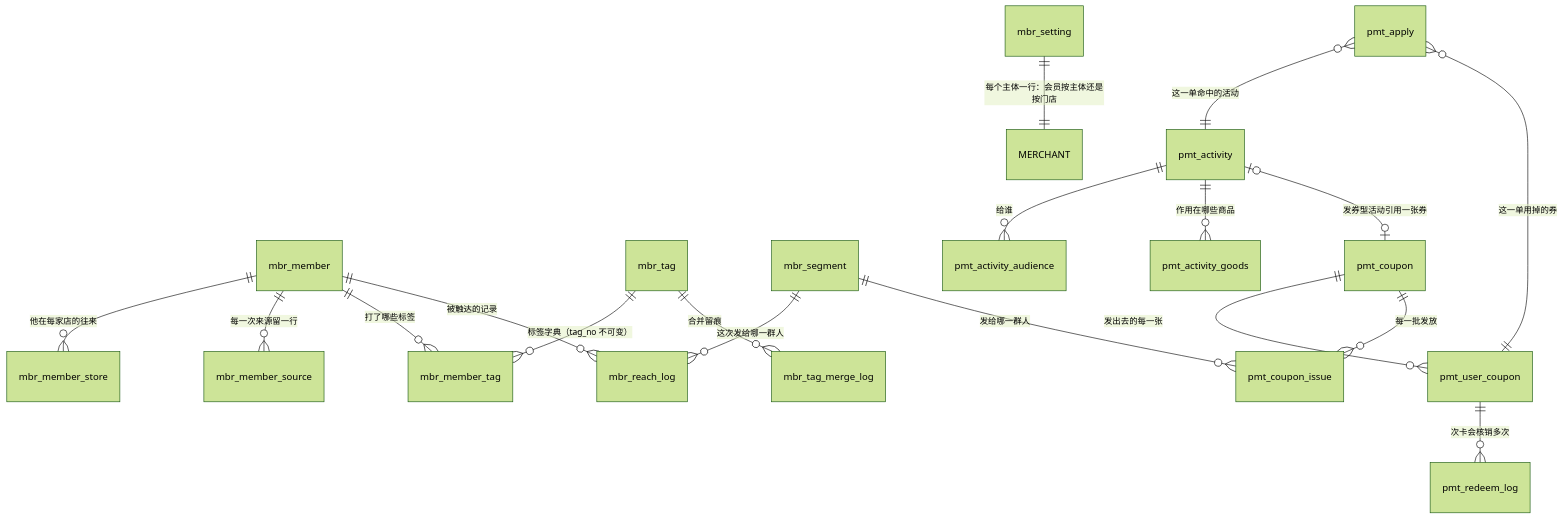
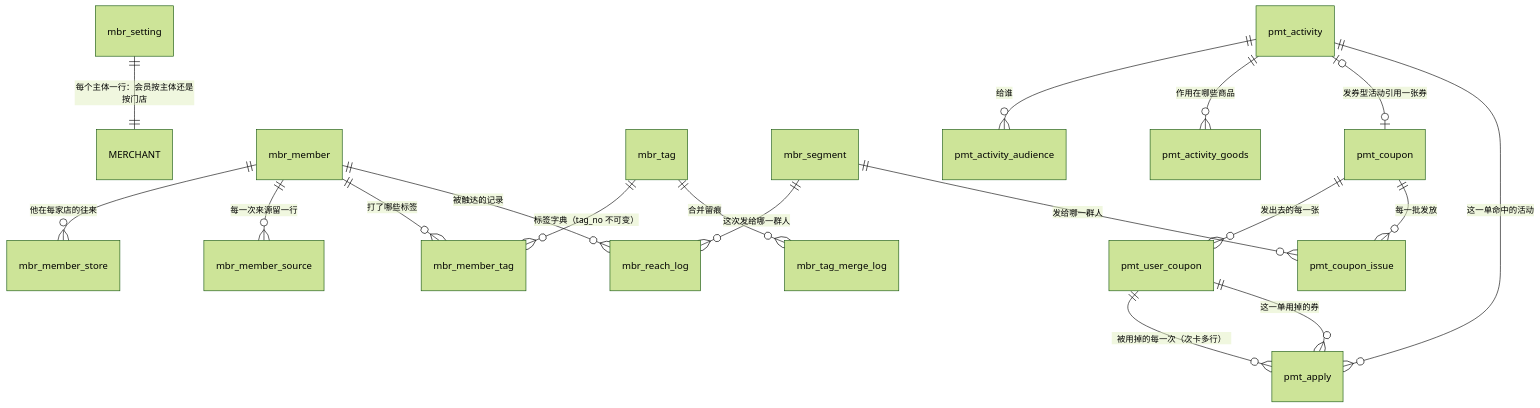
The first of 2 diagrams in docs/technical/design/TDD-会员与营销-表结构与对象模型.md (robinwu2021-code/ai-shop), drawn with Mermaid (forest theme) before and after one commit. The commit also changed other lines of this file, not shown here.

````diff
--- a/docs/technical/design/TDD-会员与营销-表结构与对象模型.md
+++ b/docs/technical/design/TDD-会员与营销-表结构与对象模型.md
@@ -30,21 +34,21 @@
 ```mermaid
 erDiagram
     mbr_setting     ||--|| MERCHANT       : "每个主体一行：会员按主体还是按门店"
     mbr_member      ||--o{ mbr_member_store  : "他在每家店的往来"
     mbr_member      ||--o{ mbr_member_source : "每一次来源留一行"
     mbr_member      ||--o{ mbr_member_tag    : "打了哪些标签"
     mbr_tag         ||--o{ mbr_member_tag    : "标签字典（tag_no 不可变）"
     mbr_tag         ||--o{ mbr_tag_merge_log : "合并留痕"
     mbr_member      ||--o{ mbr_reach_log     : "被触达的记录"
     mbr_segment     ||--o{ mbr_reach_log     : "这次发给哪一群人"
 
     pmt_activity    ||--o{ pmt_activity_audience : "给谁"
     pmt_activity    ||--o{ pmt_activity_goods   : "作用在哪些商品"
     pmt_activity    |o--o| pmt_coupon           : "发券型活动引用一张券"
     pmt_coupon      ||--o{ pmt_user_coupon      : "发出去的每一张"
     pmt_coupon      ||--o{ pmt_coupon_issue     : "每一批发放"
     mbr_segment     ||--o{ pmt_coupon_issue     : "发给哪一群人"
-    pmt_user_coupon ||--o{ pmt_redeem_log       : "次卡会核销多次"
+    pmt_user_coupon ||--o{ pmt_apply            : "被用掉的每一次（次卡多行）"
     pmt_apply       }o--|| pmt_activity         : "这一单命中的活动"
     pmt_apply       }o--|| pmt_user_coupon      : "这一单用掉的券"
 ```
````
